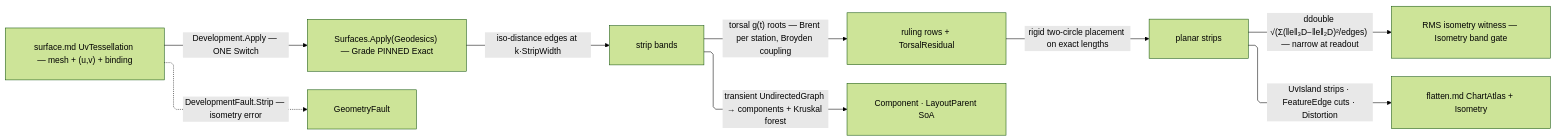
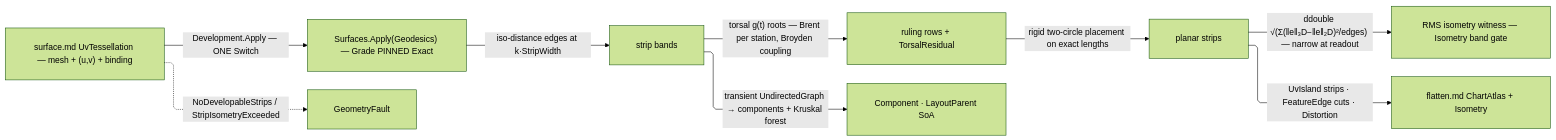
The diagram in libs/dotnet/Rasm/.planning/Parametric/develop.md (bsamiee/Rasm), drawn with Mermaid (forest theme) before and after one commit. The commit also changed other lines of this file and 99 other files, not shown here.

````diff
--- a/libs/dotnet/Rasm/.planning/Parametric/develop.md
+++ b/libs/dotnet/Rasm/.planning/Parametric/develop.md
@@ -149,20 +146,20 @@
 ```mermaid
 ---
 config:
   layout: elk
   flowchart:
     curve: linear
     padding: 25
 ---
 flowchart LR
     accTitle: Development strip pipeline
     accDescr: Development.Apply decomposes exact geodesic edges into strips, roots torsal rulings, unrolls rigidly under the ddouble witness, and emits the strip atlas through the flatten carrier.
     UvT["surface.md UvTessellation — mesh + (u,v) + binding"] -->|"Development.Apply — ONE Switch"| Edges["Surfaces.Apply(Geodesics) — Grade PINNED Exact"]
     Edges -->|"iso-distance edges at k·StripWidth"| Strips["strip bands"]
     Strips -->|"torsal g(t) roots — Brent per station, Broyden coupling"| Rulings["ruling rows + TorsalResidual"]
     Rulings -->|"rigid two-circle placement on exact lengths"| Unroll["planar strips"]
     Unroll -->|"ddouble √(Σ(‖e‖₃D−‖e‖₂D)²/edges) — narrow at readout"| Witness["RMS isometry witness — Isometry band gate"]
     Strips -->|"transient UndirectedGraph → components + Kruskal forest"| Layout["Component · LayoutParent SoA"]
     Unroll -->|"UvIsland strips · FeatureEdge cuts · Distortion"| AtlasOut["flatten.md ChartAtlas + Isometry"]
-    UvT -.->|"DevelopmentFault.Strip — isometry error"| GeometryFault
+    UvT -.->|"NoDevelopableStrips / StripIsometryExceeded"| GeometryFault
 ```
````
